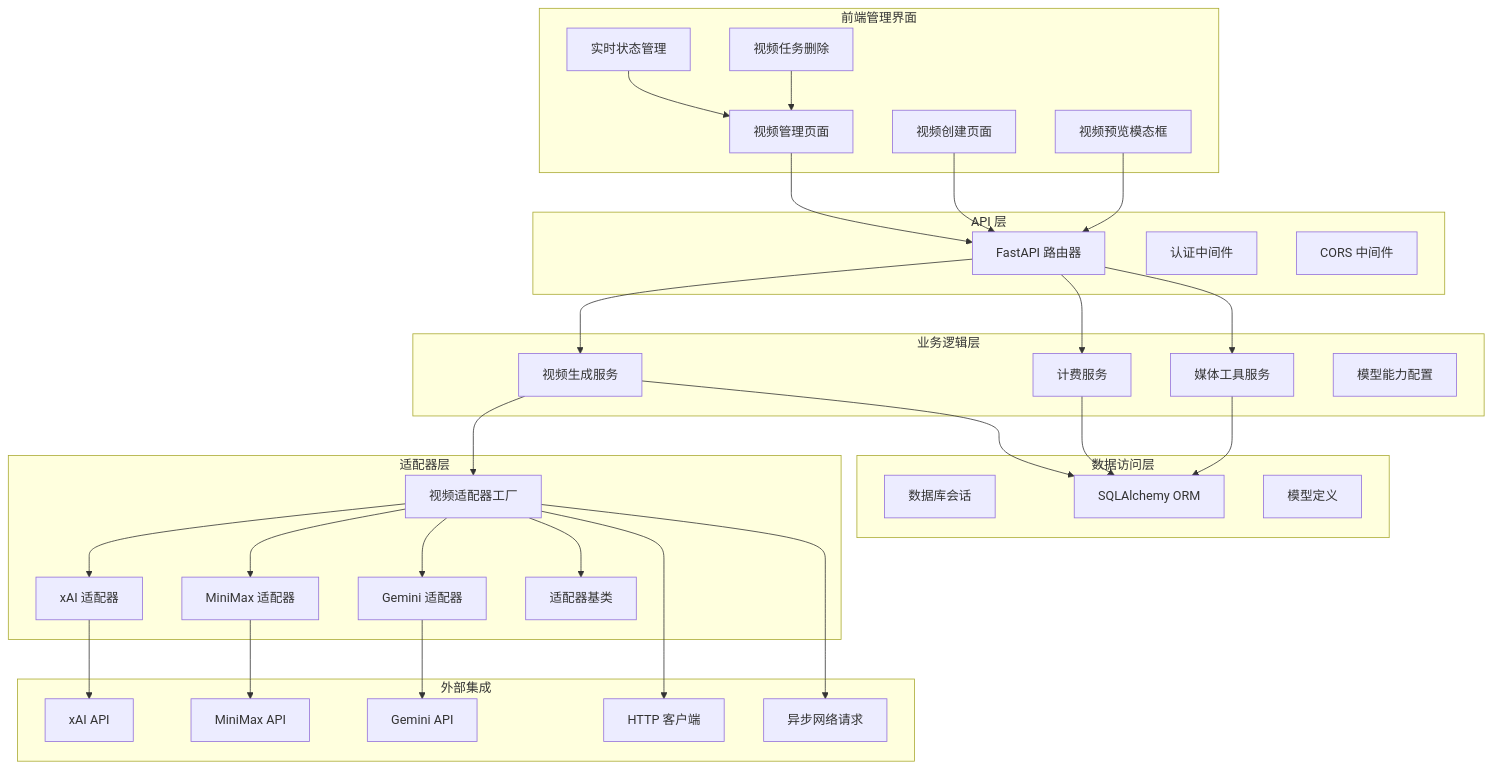
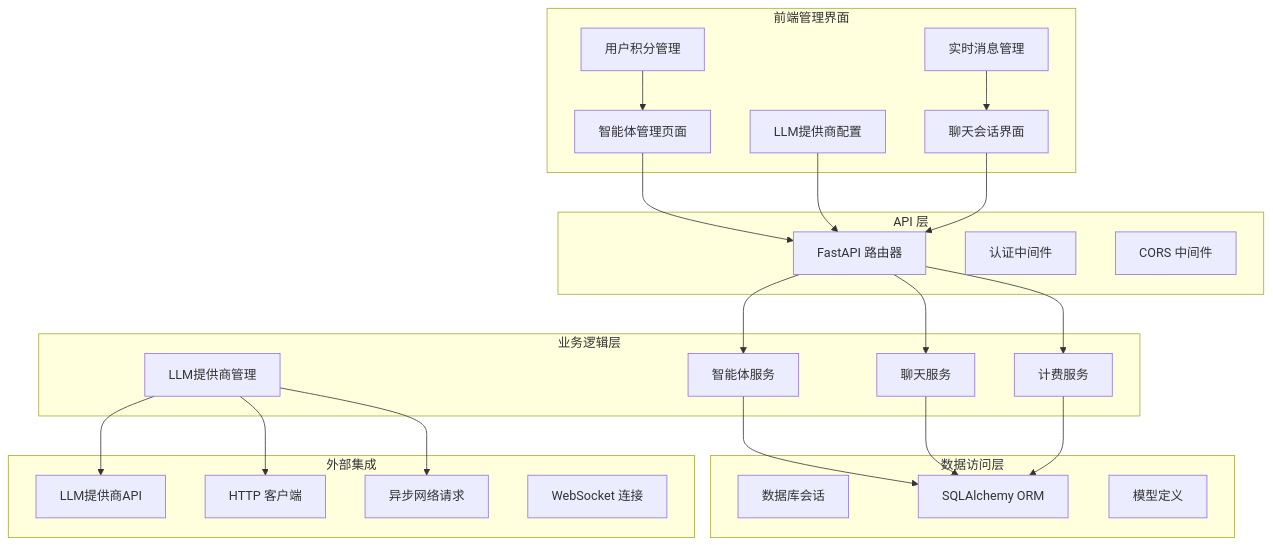
The third of 10 diagrams in .qoder/repowiki/zh/content/后端开发指南/视频生成系统.md (KunLabAI/KunFlix), drawn with Mermaid before and after one commit. The commit also changed other lines of this file and 43 other files, not shown here.

````diff
--- a/.qoder/repowiki/zh/content/后端开发指南/视频生成系统.md
+++ b/.qoder/repowiki/zh/content/后端开发指南/视频生成系统.md
@@ -255,61 +226,46 @@
 ```mermaid
 graph TD
 subgraph "API 层"
 A1[FastAPI 路由器]
 A2[认证中间件]
 A3[CORS 中间件]
 end
 subgraph "业务逻辑层"
-B1[视频生成服务]
-B2[计费服务]
-B3[媒体工具服务]
-B4[模型能力配置]
-end
-subgraph "适配器层"
-C1[视频适配器工厂]
-C2[xAI 适配器]
-C3[MiniMax 适配器]
-C4[Gemini 适配器]
-C5[适配器基类]
+B1[智能体服务]
+B2[聊天服务]
+B3[计费服务]
+B4[LLM提供商管理]
 end
 subgraph "数据访问层"
 D1[数据库会话]
 D2[SQLAlchemy ORM]
 D3[模型定义]
 end
 subgraph "外部集成"
-E1[xAI API]
-E2[MiniMax API]
-E3[Gemini API]
-E4[HTTP 客户端]
-E5[异步网络请求]
+E1[LLM提供商API]
+E2[HTTP 客户端]
+E3[异步网络请求]
+E4[WebSocket 连接]
 end
 subgraph "前端管理界面"
-F1[视频管理页面]
-F2[视频创建页面]
-F3[视频预览模态框]
-F4[实时状态管理]
-F5[视频任务删除]
+F1[智能体管理页面]
+F2[LLM提供商配置]
+F3[聊天会话界面]
+F4[实时消息管理]
+F5[用户积分管理]
 end
 A1 --> B1
 A1 --> B2
 A1 --> B3
-B1 --> C1
-C1 --> C2
-C1 --> C3
-C1 --> C4
-C1 --> C5
 B1 --> D2
 B2 --> D2
 B3 --> D2
-C2 --> E1
-C3 --> E2
-C4 --> E3
-C1 --> E4
-C1 --> E5
+B4 --> E1
+B4 --> E2
+B4 --> E3
 F1 --> A1
 F2 --> A1
 F3 --> A1
-F4 --> F1
+F4 --> F3
 F5 --> F1
 ```
````
